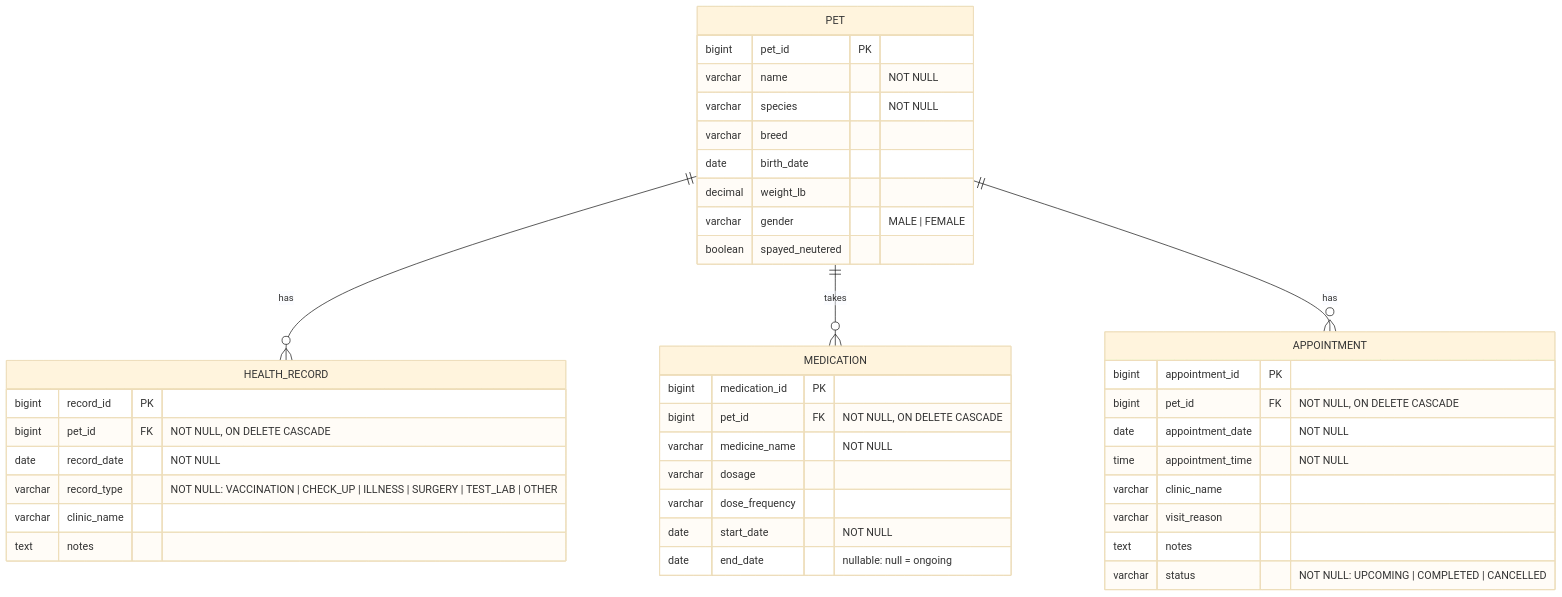
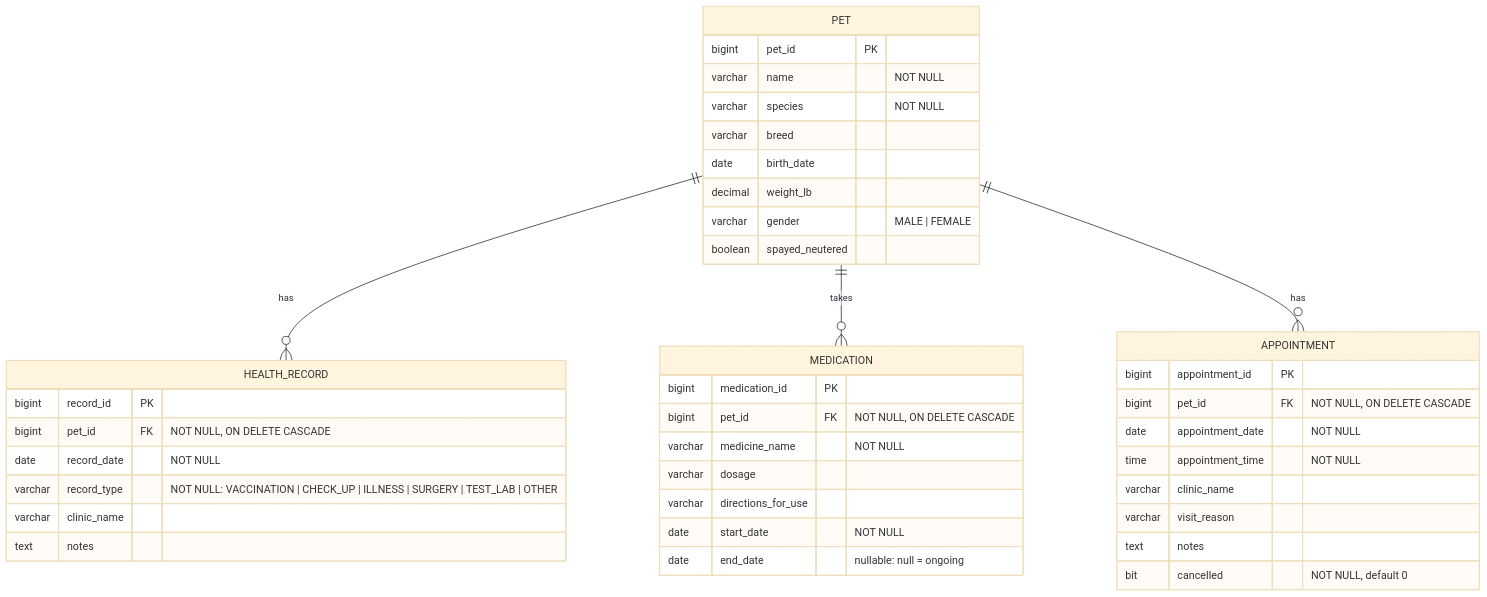
Before and after one commit to tobykpcheng/pet-health-tracker: the diagram in designs/db-design/pet-health-erd.md, drawn with Mermaid (base theme). The commit also changed other lines of this file and 19 other files, not shown here.

````diff
--- a/designs/db-design/pet-health-erd.md
+++ b/designs/db-design/pet-health-erd.md
@@ -7,47 +7,47 @@
 ```mermaid
 erDiagram
     PET  ||--o{ HEALTH_RECORD : has
     PET  ||--o{ MEDICATION : takes
     PET  ||--o{ APPOINTMENT : has
 
     PET {
         bigint  pet_id PK
         varchar name "NOT NULL"
         varchar species "NOT NULL"
         varchar breed
         date    birth_date
         decimal weight_lb
         varchar gender "MALE | FEMALE"
         boolean spayed_neutered
     }
 
     HEALTH_RECORD {
         bigint  record_id PK
         bigint  pet_id FK "NOT NULL, ON DELETE CASCADE"
         date    record_date "NOT NULL"
         varchar record_type "NOT NULL: VACCINATION | CHECK_UP | ILLNESS | SURGERY | TEST_LAB | OTHER"
         varchar clinic_name
         text    notes
     }
 
     MEDICATION {
         bigint  medication_id PK
         bigint  pet_id FK "NOT NULL, ON DELETE CASCADE"
         varchar medicine_name "NOT NULL"
         varchar dosage
-        varchar dose_frequency
+        varchar directions_for_use
         date    start_date "NOT NULL"
         date    end_date "nullable: null = ongoing"
     }
 
     APPOINTMENT {
         bigint  appointment_id PK
         bigint  pet_id FK "NOT NULL, ON DELETE CASCADE"
         date    appointment_date "NOT NULL"
         time    appointment_time "NOT NULL"
         varchar clinic_name
         varchar visit_reason
         text    notes
-        varchar status "NOT NULL: UPCOMING | COMPLETED | CANCELLED"
+        bit     cancelled "NOT NULL, default 0"
     }
 ```
````
